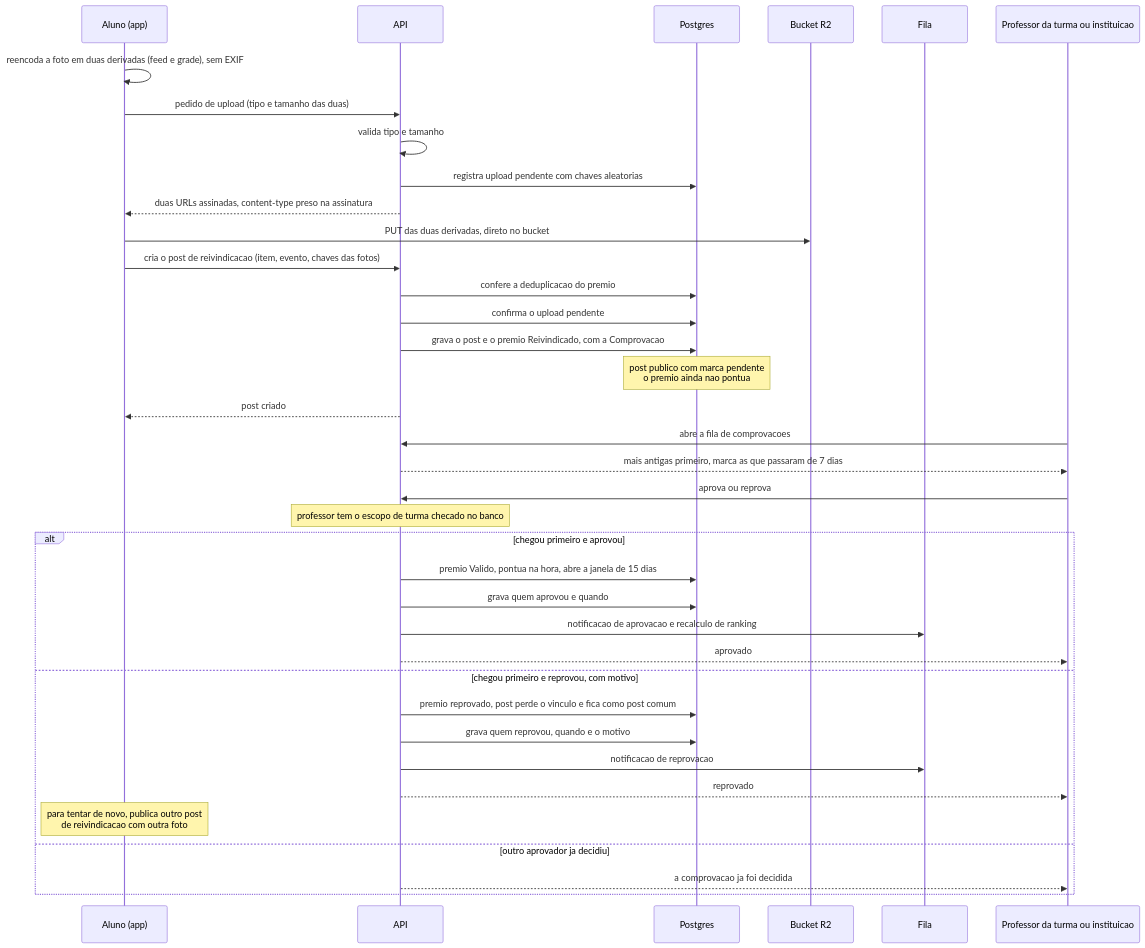
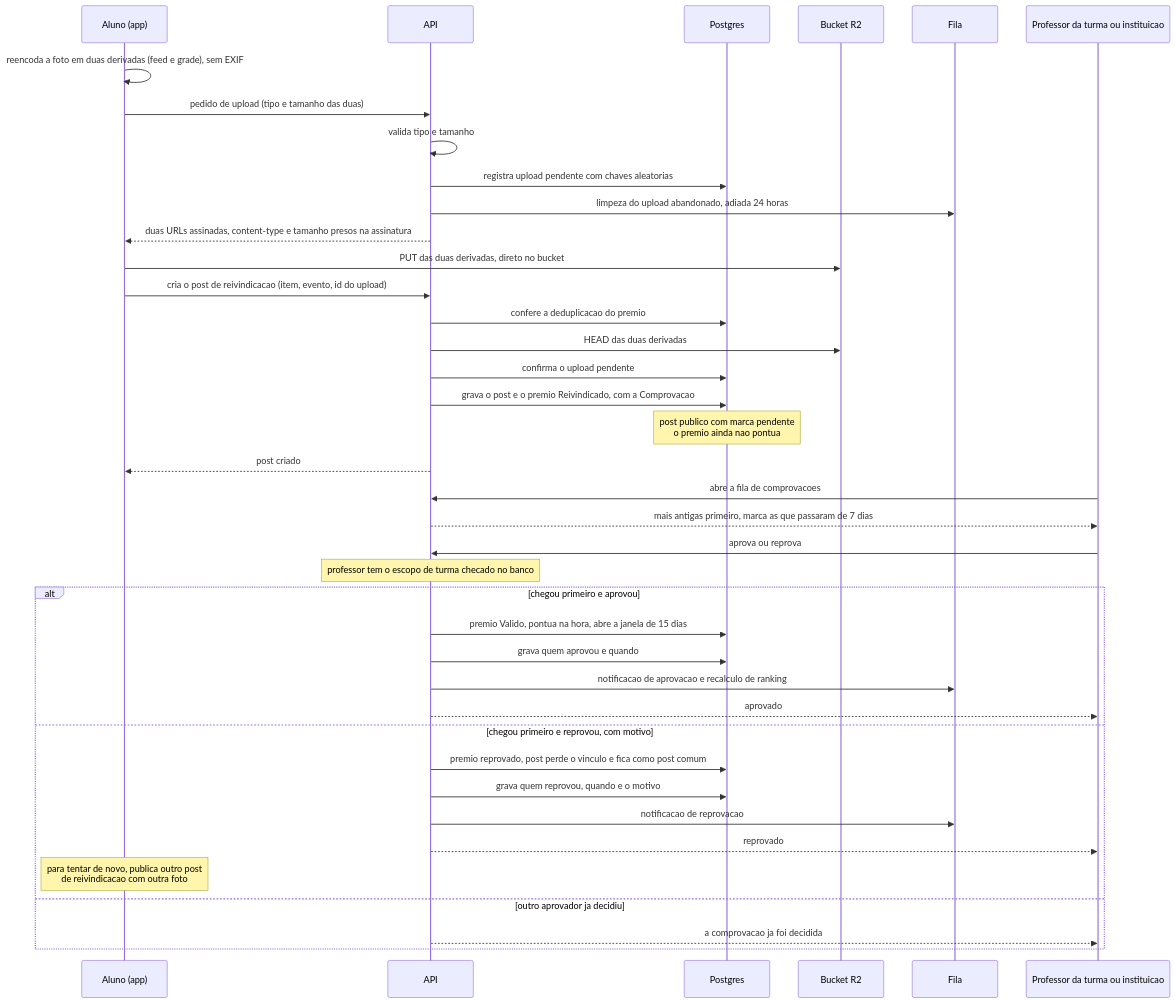
One commit to GFGimenes/maxx-engenheiro changed the diagram in docs/fluxos/02-post-com-comprovacao.md. Above: the diagram before and after it, drawn with Mermaid. The commit also changed other lines of this file and 6 other files, not shown here.

````diff
--- a/docs/fluxos/02-post-com-comprovacao.md
+++ b/docs/fluxos/02-post-com-comprovacao.md
@@ -8,42 +8,44 @@
 ```mermaid
 sequenceDiagram
   participant Aluno as Aluno (app)
   participant API
   participant DB as Postgres
   participant R2 as Bucket R2
   participant Fila
   participant Aprov as Professor da turma ou instituicao
 
   Aluno->>Aluno: reencoda a foto em duas derivadas (feed e grade), sem EXIF
   Aluno->>API: pedido de upload (tipo e tamanho das duas)
   API->>API: valida tipo e tamanho
   API->>DB: registra upload pendente com chaves aleatorias
-  API-->>Aluno: duas URLs assinadas, content-type preso na assinatura
+  API->>Fila: limpeza do upload abandonado, adiada 24 horas
+  API-->>Aluno: duas URLs assinadas, content-type e tamanho presos na assinatura
   Aluno->>R2: PUT das duas derivadas, direto no bucket
 
-  Aluno->>API: cria o post de reivindicacao (item, evento, chaves das fotos)
+  Aluno->>API: cria o post de reivindicacao (item, evento, id do upload)
   API->>DB: confere a deduplicacao do premio
+  API->>R2: HEAD das duas derivadas
   API->>DB: confirma o upload pendente
   API->>DB: grava o post e o premio Reivindicado, com a Comprovacao
   Note over DB: post publico com marca pendente<br/>o premio ainda nao pontua
   API-->>Aluno: post criado
 
   Aprov->>API: abre a fila de comprovacoes
   API-->>Aprov: mais antigas primeiro, marca as que passaram de 7 dias
   Aprov->>API: aprova ou reprova
   Note over API: professor tem o escopo de turma checado no banco
   alt chegou primeiro e aprovou
     API->>DB: premio Valido, pontua na hora, abre a janela de 15 dias
     API->>DB: grava quem aprovou e quando
     API->>Fila: notificacao de aprovacao e recalculo de ranking
     API-->>Aprov: aprovado
   else chegou primeiro e reprovou, com motivo
     API->>DB: premio reprovado, post perde o vinculo e fica como post comum
     API->>DB: grava quem reprovou, quando e o motivo
     API->>Fila: notificacao de reprovacao
     API-->>Aprov: reprovado
     Note over Aluno: para tentar de novo, publica outro post<br/>de reivindicacao com outra foto
   else outro aprovador ja decidiu
     API-->>Aprov: a comprovacao ja foi decidida
   end
 ```
````
